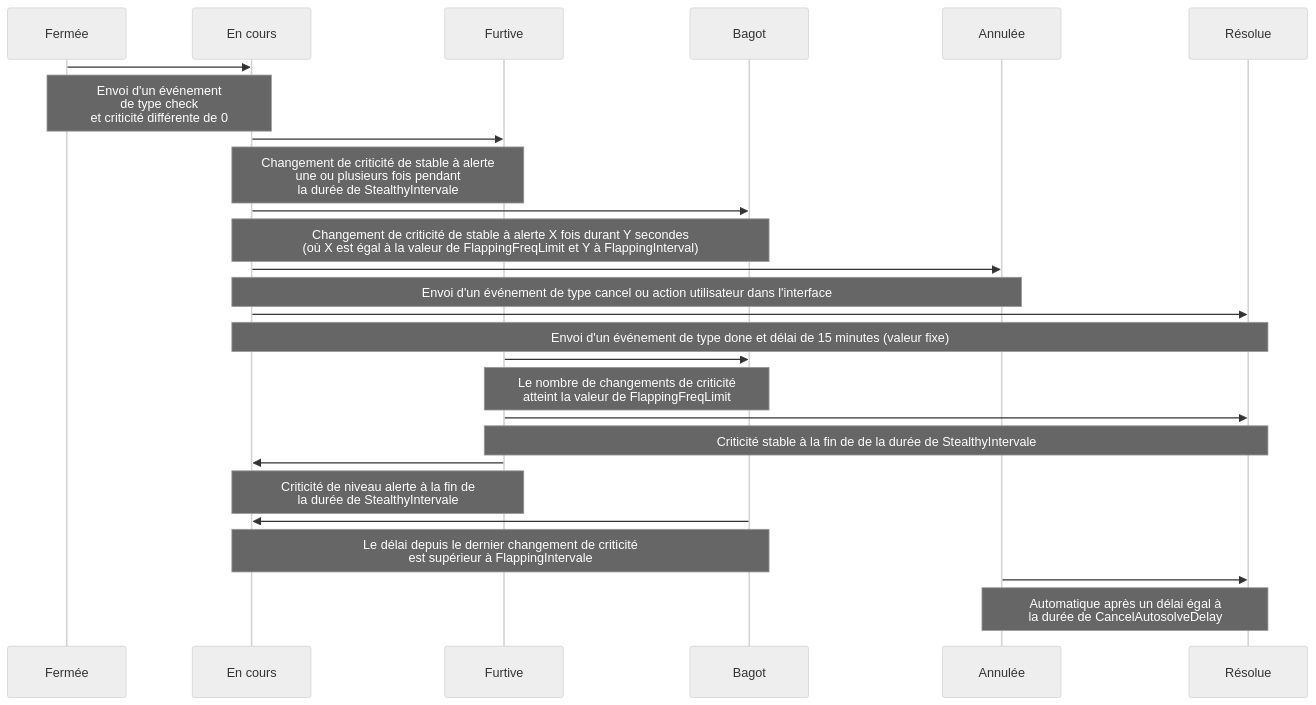
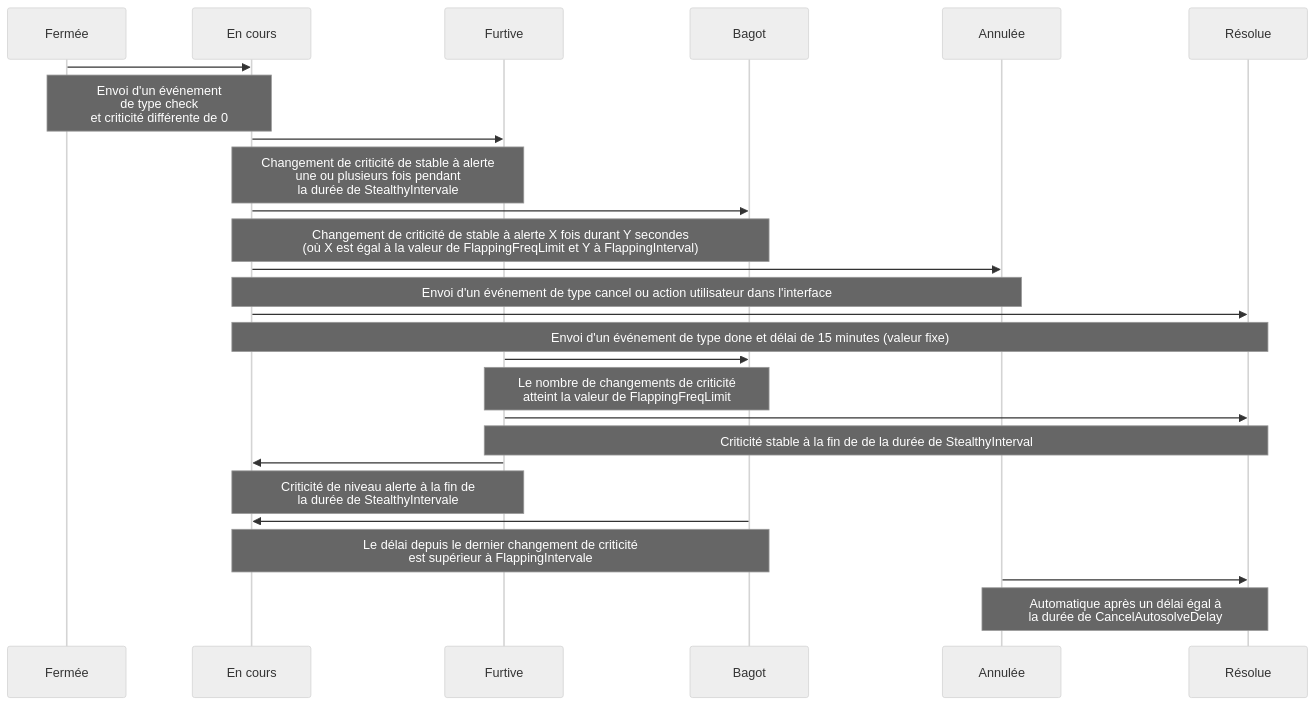
The diagram in sources/docs/fr/guide-utilisation/vocabulaire/index.md (capensis/canopsis), drawn with Mermaid (neutral theme) before and after one commit.

Commit message:
Apply 1 suggestion(s) to 1 file(s)

````diff
--- a/sources/docs/fr/guide-utilisation/vocabulaire/index.md
+++ b/sources/docs/fr/guide-utilisation/vocabulaire/index.md
@@ -144,39 +144,39 @@
 ```mermaid
 sequenceDiagram
 participant Fermée
 participant En cours
 participant Furtive
 participant Bagot
 participant Annulée
 participant Résolue
 
 Fermée ->> En cours:   
 Note over Fermée, En cours: Envoi d'un événement <br/> de type check <br/> et criticité différente de 0
 
 En cours ->> Furtive:   
 Note over En cours, Furtive: Changement de criticité de stable à alerte <br/> une ou plusieurs fois pendant <br/> la durée de StealthyIntervale
 
 En cours ->> Bagot:   
 Note over En cours, Bagot: Changement de criticité de stable à alerte X fois durant Y secondes <br/> (où X est égal à la valeur de FlappingFreqLimit et Y à FlappingInterval)
 
 En cours ->> Annulée:   
 Note over En cours, Annulée: Envoi d'un événement de type cancel ou action utilisateur dans l'interface
 
 En cours ->> Résolue:   
 Note over En cours, Résolue: Envoi d'un événement de type done et délai de 15 minutes (valeur fixe)
 
 Furtive ->> Bagot:   
 Note over Furtive, Bagot: Le nombre de changements de criticité <br/> atteint la valeur de FlappingFreqLimit
 
 Furtive ->> Résolue:   
-Note over Furtive, Résolue: Criticité stable à la fin de de la durée de StealthyIntervale
+Note over Furtive, Résolue: Criticité stable à la fin de de la durée de StealthyInterval
 
 Furtive ->> En cours:   
 Note over Furtive, En cours: Criticité de niveau alerte à la fin de <br /> la durée de StealthyIntervale
 
 Bagot ->> En cours:   
 Note over Bagot, En cours: Le délai depuis le dernier changement de criticité <br/> est supérieur à FlappingIntervale
 
 Annulée ->> Résolue:   
 Note over Annulée, Résolue: Automatique après un délai égal à <br/> la durée de CancelAutosolveDelay
 ```
````
